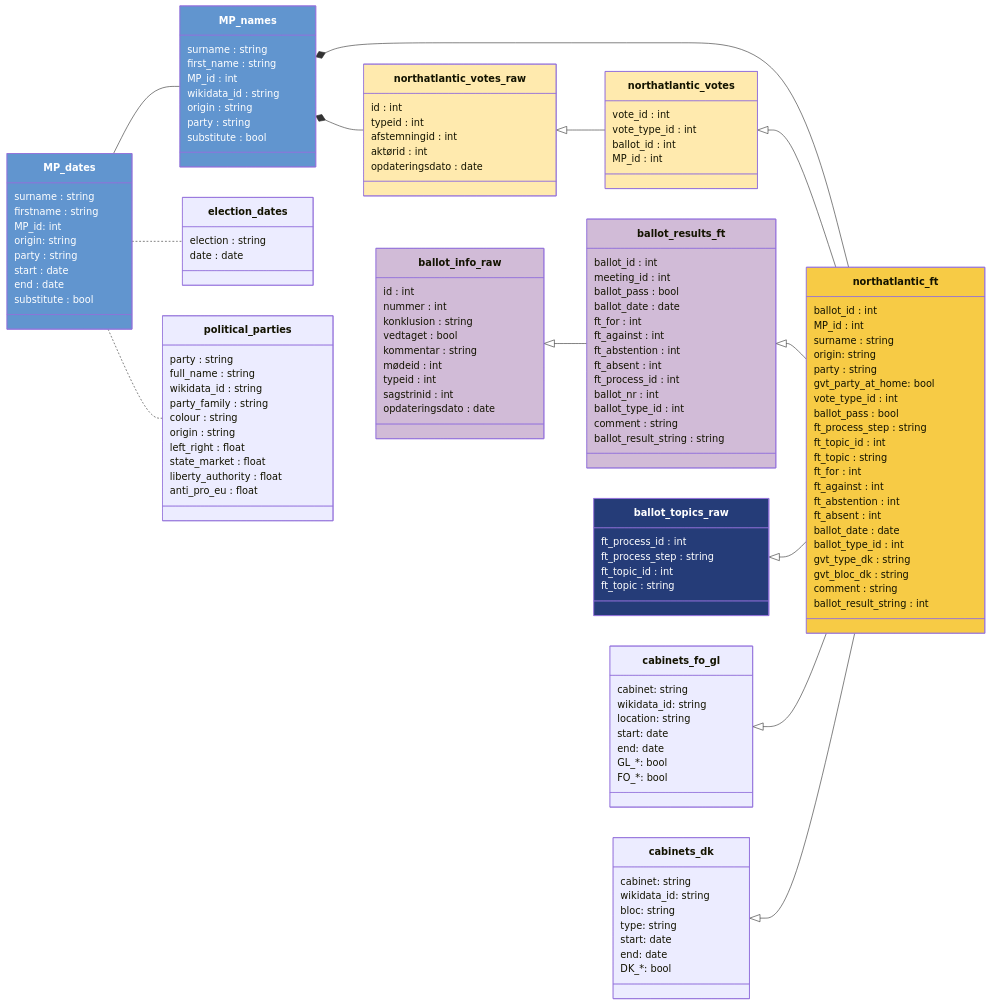
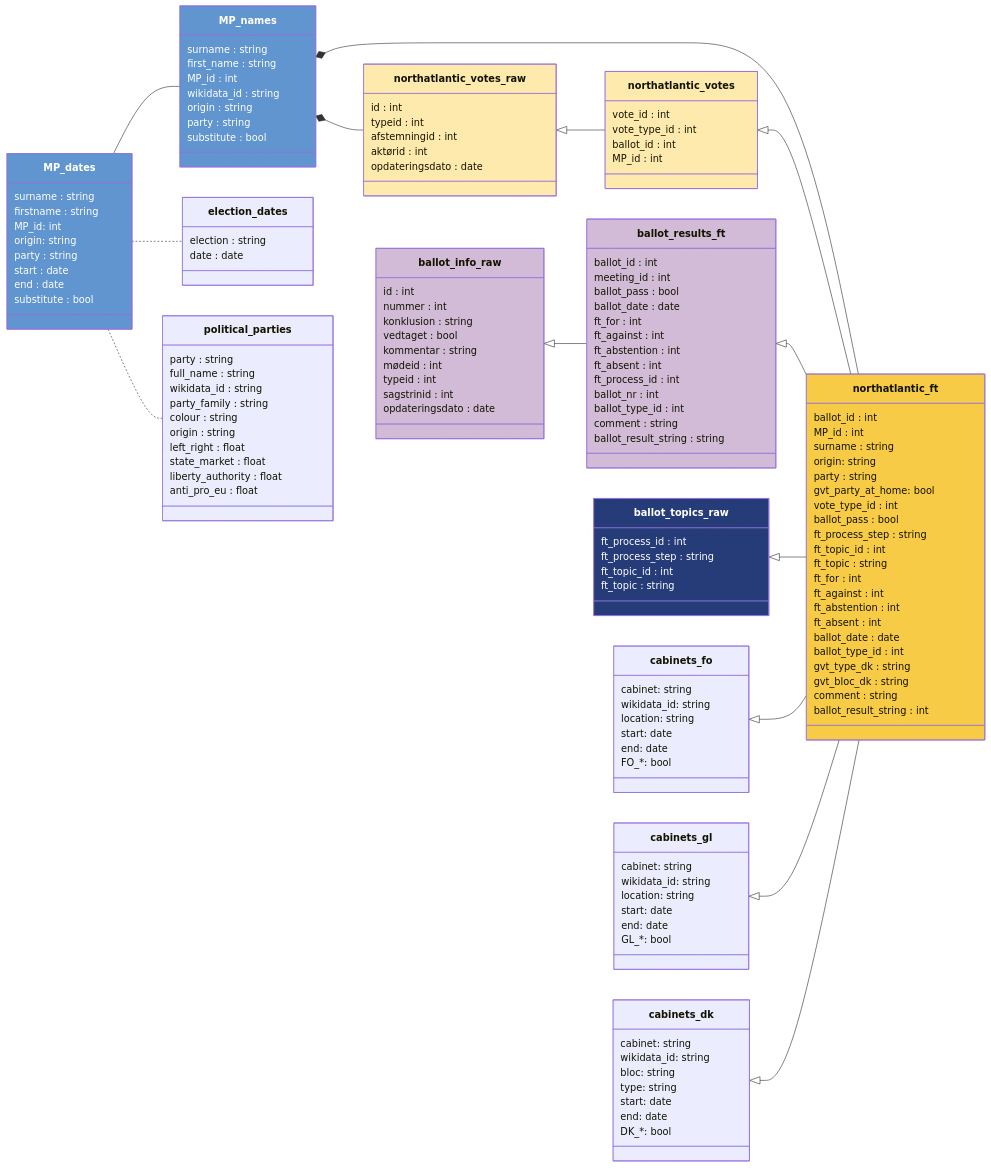
The diagram in docs/codebook.qmd (mtwente/nordatlantisk-ft), drawn with Mermaid before and after one commit. The commit also changed other lines of this file and 11 other files, not shown here.

Commit message:
feat: split cabinets_fo_gl into location-specific files

````diff
--- a/docs/codebook.qmd
+++ b/docs/codebook.qmd
@@ -157,7 +167,8 @@
 
     ballot_info_raw <|-- ballot_results_ft
 
-    cabinets_fo_gl <|-- northatlantic_ft
+    cabinets_fo <|-- northatlantic_ft
+    cabinets_gl <|-- northatlantic_ft
     cabinets_dk <|-- northatlantic_ft
 
     class northatlantic_ft {
@@ -273,14 +284,22 @@
         anti_pro_eu : float
     }
 
-    class cabinets_fo_gl {
+    class cabinets_fo {
+      cabinet: string
+      wikidata_id: string
+      location: string
+      start: date
+      end: date
+      FO_&ast;: bool
+    }
+
+    class cabinets_gl {
       cabinet: string
       wikidata_id: string
       location: string
       start: date
       end: date
       GL_&ast;: bool
-      FO_&ast;: bool
     }
 
     class cabinets_dk {
@@ -313,7 +332,8 @@
 click ballot_info_raw href "#ballot_info_raw" "tooltip"
 click ballot_results_ft href "#ballot_results_ft" "tooltip"
 click ballot_topics_raw href "#ballot_topics_raw" "tooltip"
-click cabinets_fo_gl href "#cabinets_fo_gl" "tooltip"
+click cabinets_fo href "#cabinets_fo" "tooltip"
+click cabinets_gl href "#cabinets_gl" "tooltip"
 click cabinets_dk href "#cabinets_dk" "tooltip"
 click northatlantic_ft href "#northatlantic_ft" "tooltip"
 ```
````
